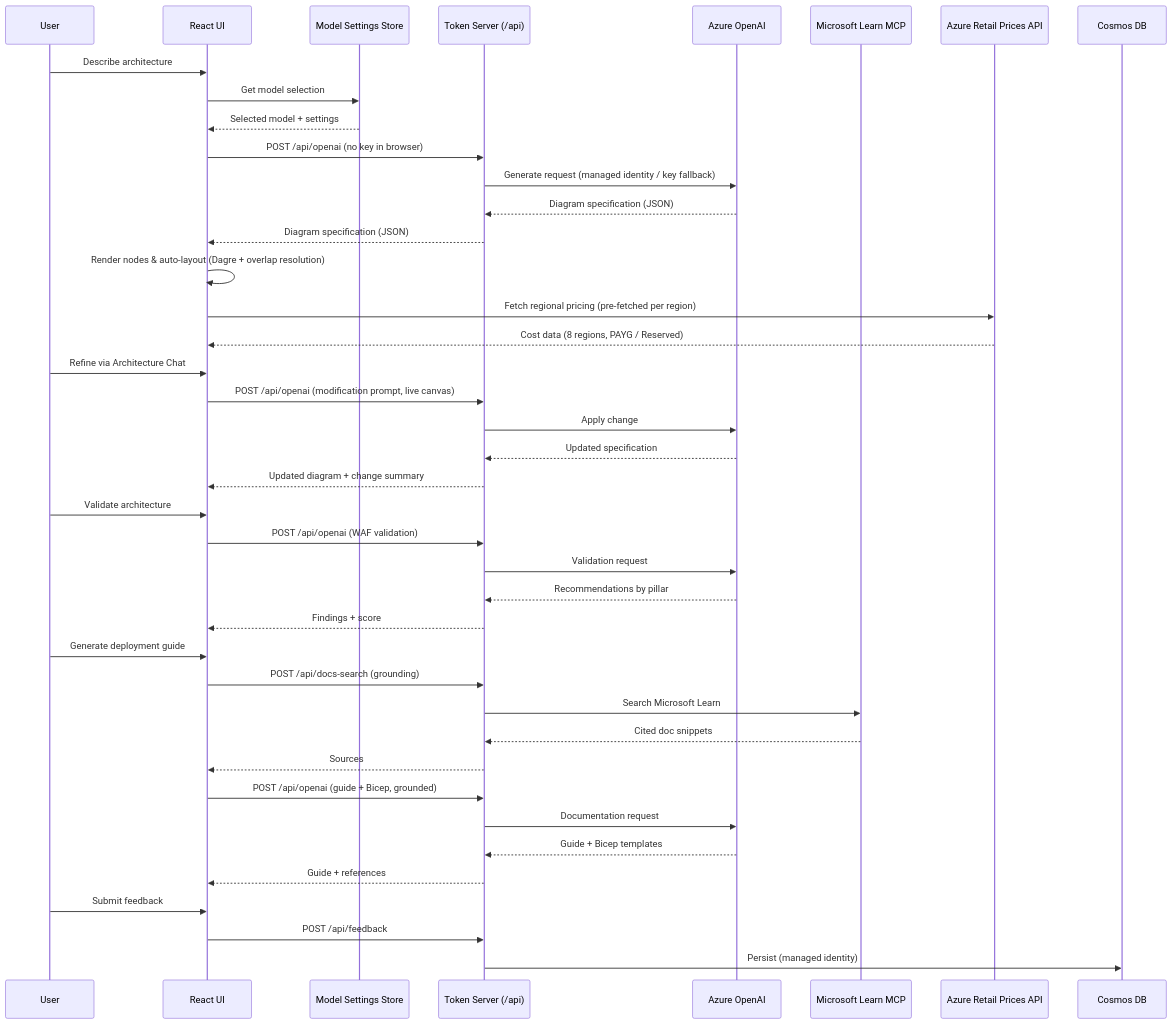
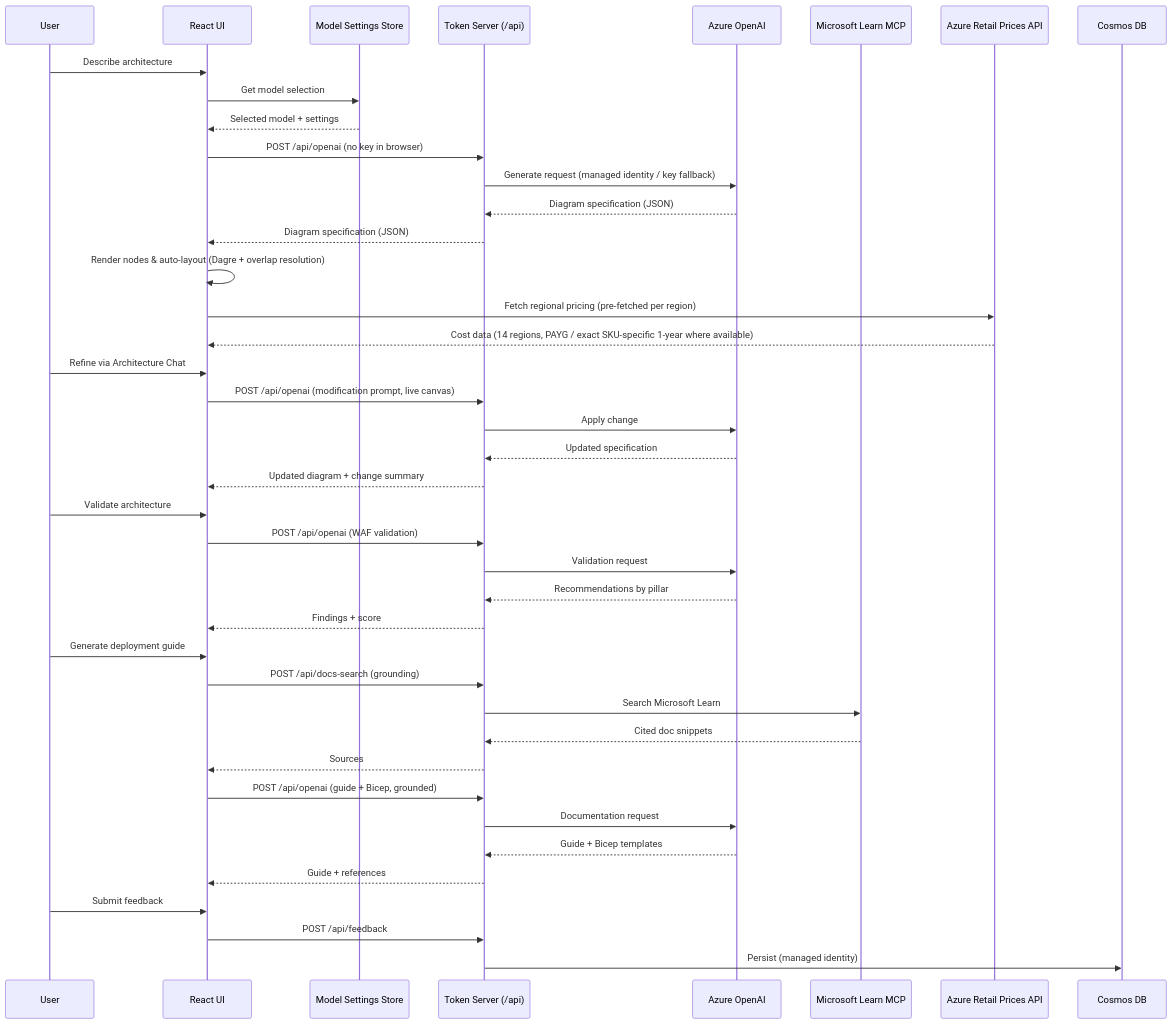
The second of 3 diagrams in README.md (Arturo-Quiroga-MSFT/azure-architecture-diagram-builder), drawn with Mermaid before and after one commit. The commit also changed other lines of this file and 515 other files, not shown here.

````diff
--- a/README.md
+++ b/README.md
@@ -305,48 +303,48 @@
 ```mermaid
 sequenceDiagram
     participant U as User
     participant UI as React UI
     participant MS as Model Settings Store
     participant TS as Token Server (/api)
     participant AI as Azure OpenAI
     participant L as Microsoft Learn MCP
     participant P as Azure Retail Prices API
     participant DB as Cosmos DB
 
     U->>UI: Describe architecture
     UI->>MS: Get model selection
     MS-->>UI: Selected model + settings
     UI->>TS: POST /api/openai (no key in browser)
     TS->>AI: Generate request (managed identity / key fallback)
     AI-->>TS: Diagram specification (JSON)
     TS-->>UI: Diagram specification (JSON)
     UI->>UI: Render nodes & auto-layout (Dagre + overlap resolution)
     UI->>P: Fetch regional pricing (pre-fetched per region)
-    P-->>UI: Cost data (8 regions, PAYG / Reserved)
+    P-->>UI: Cost data (14 regions, PAYG / exact SKU-specific 1-year where available)
 
     U->>UI: Refine via Architecture Chat
     UI->>TS: POST /api/openai (modification prompt, live canvas)
     TS->>AI: Apply change
     AI-->>TS: Updated specification
     TS-->>UI: Updated diagram + change summary
 
     U->>UI: Validate architecture
     UI->>TS: POST /api/openai (WAF validation)
     TS->>AI: Validation request
     AI-->>TS: Recommendations by pillar
     TS-->>UI: Findings + score
 
     U->>UI: Generate deployment guide
     UI->>TS: POST /api/docs-search (grounding)
     TS->>L: Search Microsoft Learn
     L-->>TS: Cited doc snippets
     TS-->>UI: Sources
     UI->>TS: POST /api/openai (guide + Bicep, grounded)
     TS->>AI: Documentation request
     AI-->>TS: Guide + Bicep templates
     TS-->>UI: Guide + references
 
     U->>UI: Submit feedback
     UI->>TS: POST /api/feedback
     TS->>DB: Persist (managed identity)
 ```
````
